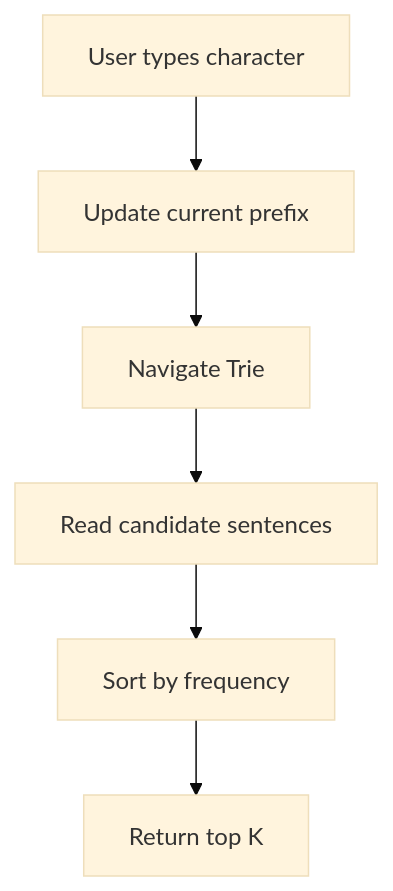
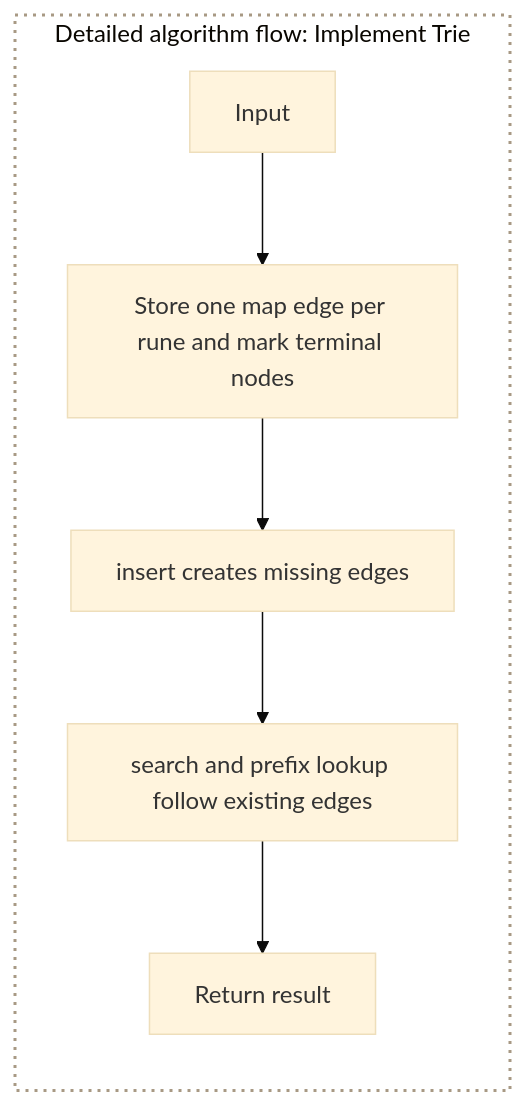
One commit to 9999dude/omega changed the sixth of 16 diagrams in docs/datastructures/trie.md. Above: the diagram before and after it, drawn with Mermaid (base theme). The commit also changed other lines of this file and 58 other files, not shown here.

````diff
--- a/docs/datastructures/trie.md
+++ b/docs/datastructures/trie.md
@@ -1187,8 +151,13 @@
 ```mermaid
-graph TD
-    I["User types character"] --> P["Update current prefix"]
-    P --> T["Navigate Trie"]
-    T --> C["Read candidate sentences"]
-    C --> S["Sort by frequency"]
-    S --> K["Return top K"]
+flowchart TD
+    subgraph PROCESS["Detailed algorithm flow: Implement Trie"]
+        direction TD
+        I["Input"]
+        I --> S0["Store one map edge per rune and mark terminal nodes"]
+        S0 --> S1["insert creates missing edges"]
+        S1 --> S2["search and prefix lookup follow existing edges"]
+        S2 --> O["Return result"]
+    end
+
+    style PROCESS fill:transparent,stroke:#a89984,stroke-width:2px,stroke-dasharray:2 4
 ```
````
